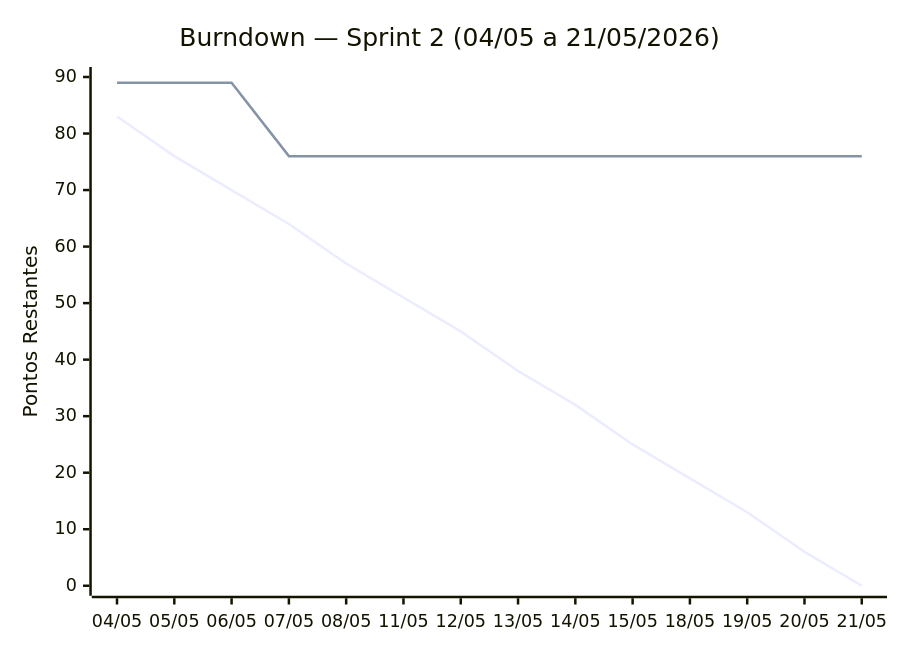
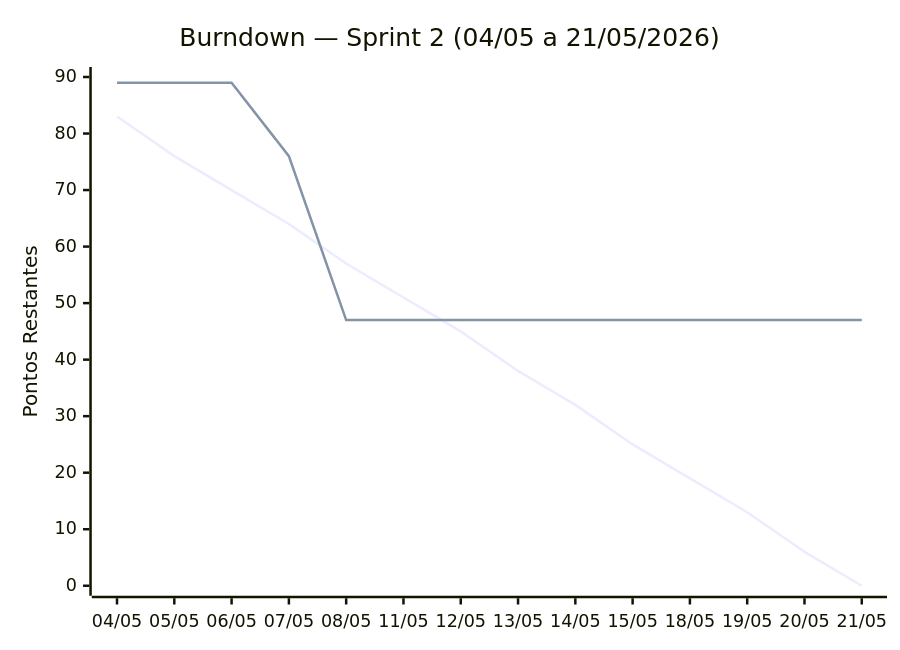
One commit to DEVassos/scrum-flow-abp changed the diagram in docs/scrum/sprint-2/sprint-2.md. Above: the diagram before and after it, drawn with Mermaid. The commit also changed other lines of this file and 1 other file, not shown here.

````diff
--- a/docs/scrum/sprint-2/sprint-2.md
+++ b/docs/scrum/sprint-2/sprint-2.md
@@ -68,8 +68,8 @@
 ```mermaid
 xychart-beta
     title "Burndown — Sprint 2 (04/05 a 21/05/2026)"
     x-axis ["04/05", "05/05", "06/05", "07/05", "08/05", "11/05", "12/05", "13/05", "14/05", "15/05", "18/05", "19/05", "20/05", "21/05"]
     y-axis "Pontos Restantes" 0 --> 90
     line [83, 76, 70, 64, 57, 51, 45, 38, 32, 25, 19, 13, 6, 0]
-    line [89, 89, 89, 76, 76, 76, 76, 76, 76, 76, 76, 76, 76, 76]
+    line [89, 89, 89, 76, 47, 47, 47, 47, 47, 47, 47, 47, 47, 47]
 ```
````
